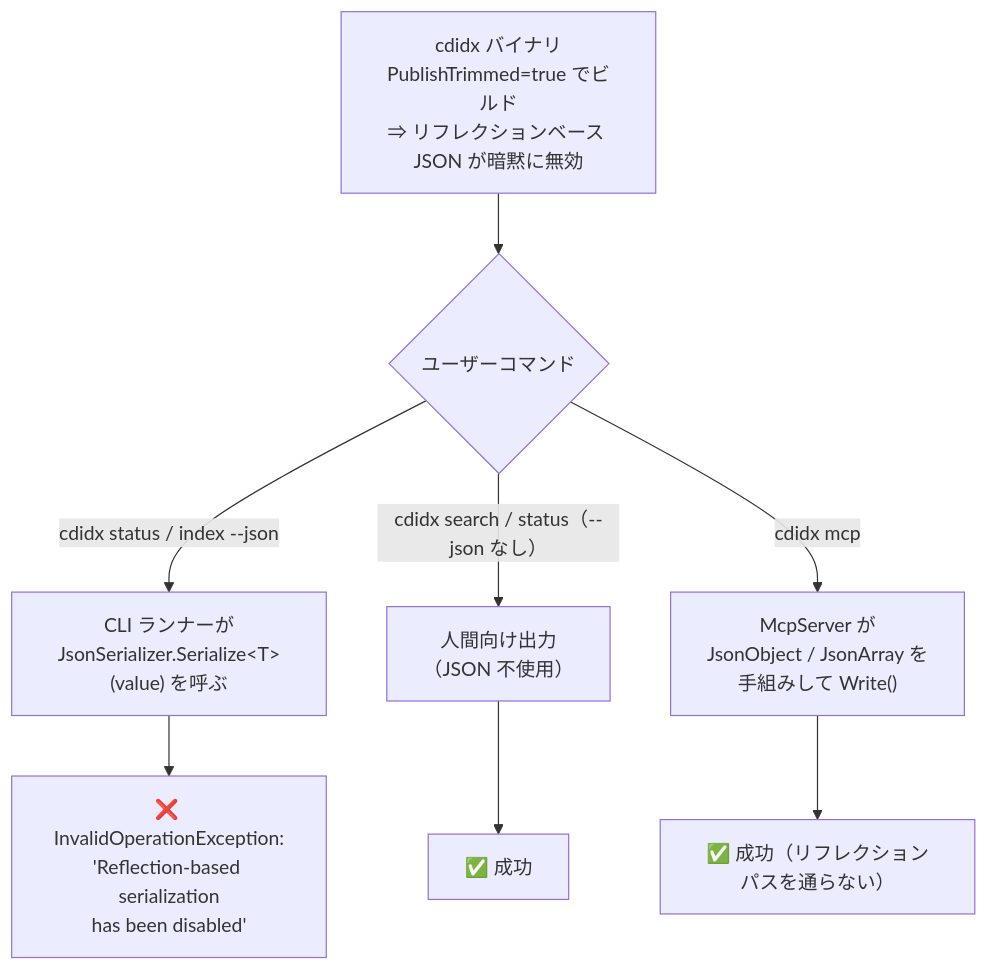
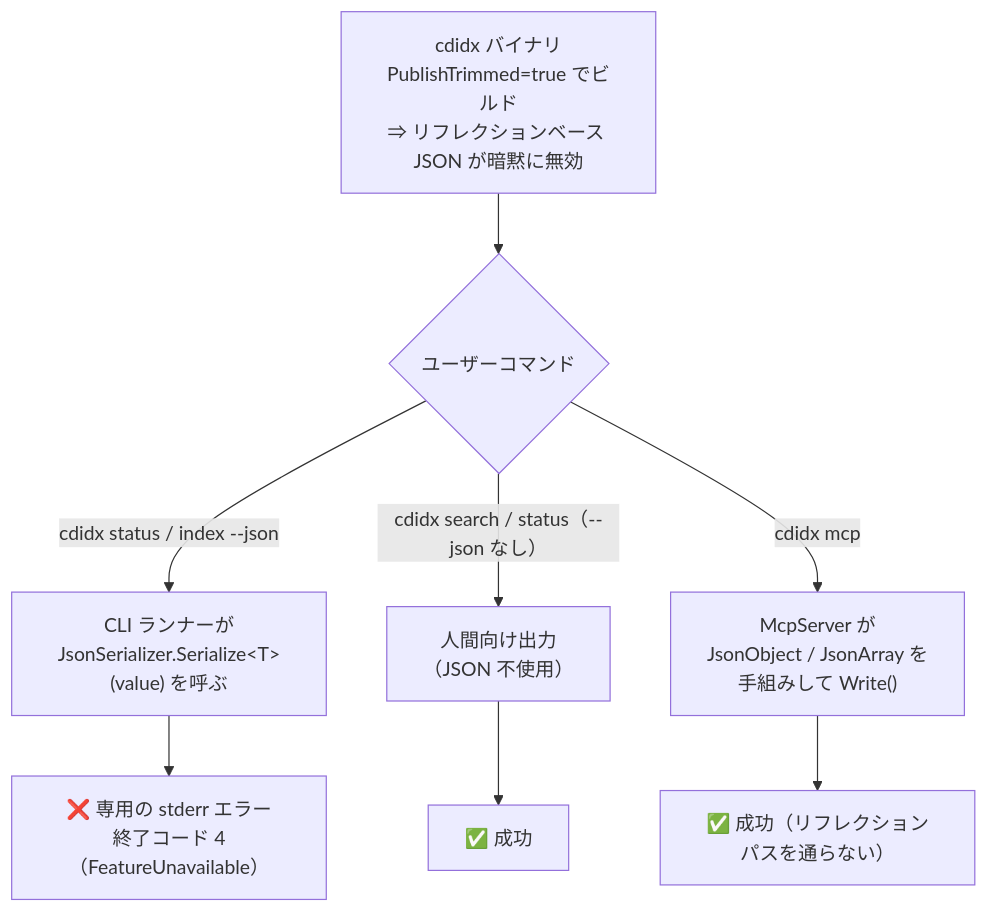
Diagram 12 of 12 in DEVELOPER_GUIDE.md (braincominity/CodeIndex), drawn with Mermaid before and after one commit. The commit also changed other lines of this file and 12 other files, not shown here.

````diff
--- a/DEVELOPER_GUIDE.md
+++ b/DEVELOPER_GUIDE.md
@@ -1756,11 +1757,11 @@
 ```mermaid
 flowchart TD
     B["cdidx バイナリ<br/>PublishTrimmed=true でビルド<br/>⇒ リフレクションベース JSON が暗黙に無効"]
     B --> R{ユーザーコマンド}
     R -->|cdidx status / index --json| A["CLI ランナーが<br/>JsonSerializer.Serialize&lt;T&gt;(value) を呼ぶ"]
     R -->|cdidx search / status（--json なし）| H["人間向け出力<br/>（JSON 不使用）"]
     R -->|cdidx mcp| M["McpServer が<br/>JsonObject / JsonArray を<br/>手組みして Write()"]
-    A --> AX["❌ InvalidOperationException:<br/>'Reflection-based serialization<br/>has been disabled'"]
+    A --> AX["❌ 専用の stderr エラー<br/>終了コード 4（FeatureUnavailable）"]
     H --> HX["✅ 成功"]
     M --> MX["✅ 成功（リフレクションパスを通らない）"]
 ```
````
